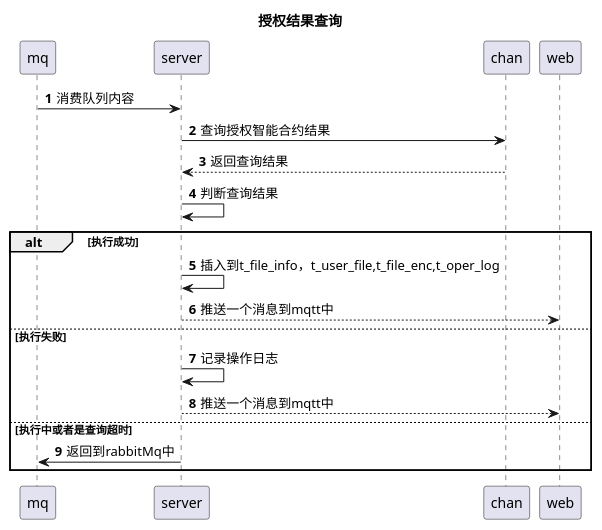
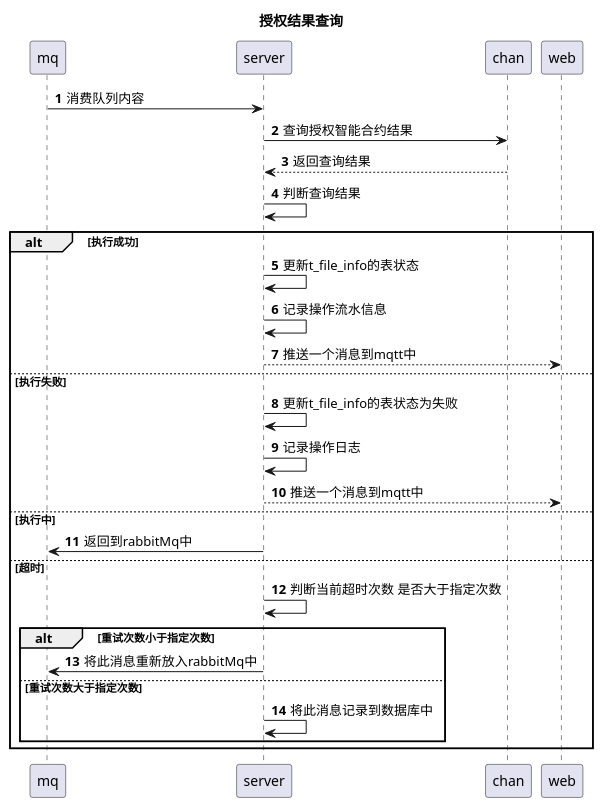
Before and after one commit to 13589080127/zc-design: the diagram in doc/旷肽链文件授权/授权结果查询.puml, drawn with PlantUML. The commit also changed 9 other files, not shown here.

Commit message:
增加uml 图

```diff
--- a/doc/旷肽链文件授权/授权结果查询.puml
+++ b/doc/旷肽链文件授权/授权结果查询.puml
@@ -1,18 +1,27 @@
 @startuml
 title:授权结果查询
 autonumber
 mq->server:消费队列内容
 server->chan:查询授权智能合约结果
 chan-->server:返回查询结果
 server->server:判断查询结果
 alt 执行成功
-server->server:插入到t_file_info，t_user_file,t_file_enc,t_oper_log
+server->server:更新t_file_info的表状态
+server->server:记录操作流水信息
 server-->web:推送一个消息到mqtt中
 else 执行失败
+server->server:更新t_file_info的表状态为失败
 server->server:记录操作日志
 server-->web:推送一个消息到mqtt中
-else 执行中或者是查询超时
+else 执行中
 server->mq:返回到rabbitMq中
+else 超时
+server->server:判断当前超时次数 是否大于指定次数
+alt 重试次数小于指定次数
+server->mq:将此消息重新放入rabbitMq中
+else 重试次数大于指定次数
+server->server: 将此消息记录到数据库中
+end
 end
 
 @enduml
```
